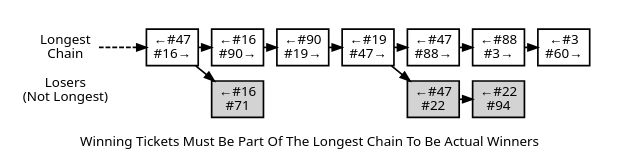
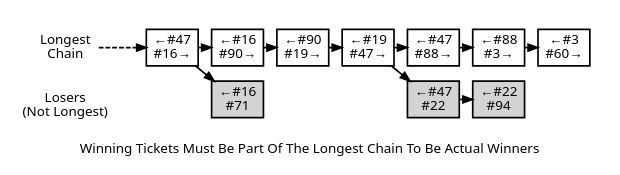
Before and after one commit to rsogllc/GNT: the diagram in img/mining/en-forked-chain.dot, drawn with Graphviz. The commit also changed 8 other files, not shown here.

```diff
--- a/img/mining/en-forked-chain.dot
+++ b/img/mining/en-forked-chain.dot
@@ -1,62 +1,46 @@
 digraph {
 
 size=6.25;
 rankdir=LR
 //splines = ortho;
 ranksep = 0.2;
 nodesep = 0.1;
 
 edge [ penwidth = 1.75, fontname="Sans" ]
 node [ penwidth = 1.75, shape = "box", fontname="Sans", label = "", width=0.3, height=0.3 ]
 graph [ penwidth = 1.75, fontname="Sans" ]
 
-//ticket [ label = "Tickets With\nSigned Promises\n& Other Data", shape = "none" ]
-//hash [ label =    "Random Hash Number;\nMust Be Below Target\nNumber To Win", shape = "none" ]
-
-//hash0001 [ label = "#", fontsize = 18, shape = "none" ]
-//hash0002 [ label = "#", fontsize = 18, shape = "none" ]
-//hash0003 [ label = "#", fontsize = 18, shape = "none" ]
-//hash0730 [ label = "#", fontsize = 18, shape = "none" ]
-//hash0731 [ label = "#", fontsize = 18, shape = "none" ]
-//hash0732 [ label = "#", fontsize = 18, shape = "none" ]
-//hash0733 [ label = "#", fontsize = 18, shape = "none" ]
-//hash0734 [ label = "#", fontsize = 18, shape = "none" ]
-//hash0735 [ label = "#", fontsize = 18, shape = "none" ]
-//hash0736 [ label = "#", fontsize = 18, shape = "none" ]
-//hash0737 [ label = "#", fontsize = 18, shape = "none" ]
-//hash0738 [ label = "#", fontsize = 18, shape = "none" ]
-
-invis1 [ shape = "none", label = "Losers\n(Not Longest)" ]
+invis1 [ shape = "none", label = " \nLosers\n(Not Longest)" ]
 invis0 [ shape = "none", label = "Longest\nChain" ];
 
 subgraph cluster_mainchain {
 block0 [ label = "←#47\n#16→" ];
 block1 [ label = "←#16\n#90→" ];
 block2 [ label = "←#90\n#19→" ];
 block3 [ label = "←#19\n#47→" ];
 block4 [ label = "←#47\n#88→" ];
 block5 [ label = "←#88\n#3→" ];
 block6 [ label = "←#3\n#60→" ];
 
 style = "invis";
 }
 
 
 
 
 invis0 -> block0 [ minlen = 2, style = "dashed" ];
 
 block0 -> block1 -> block2 -> block3 -> block4 -> block5 -> block6;
 
 block0 -> block1_1;
 
 
 block3 -> block4_1 -> block5_1;
 
 block1_1 [ label = "←#16\n#71", style = "filled" ];
 block4_1 [ label = "←#47\n#22", style = "filled" ];
 block5_1 [ label = "←#22\n#94", style = "filled" ];
 
 
 label = " \nWinning Tickets Must Be Part Of The Longest Chain To Be Actual Winners"
 }
```
